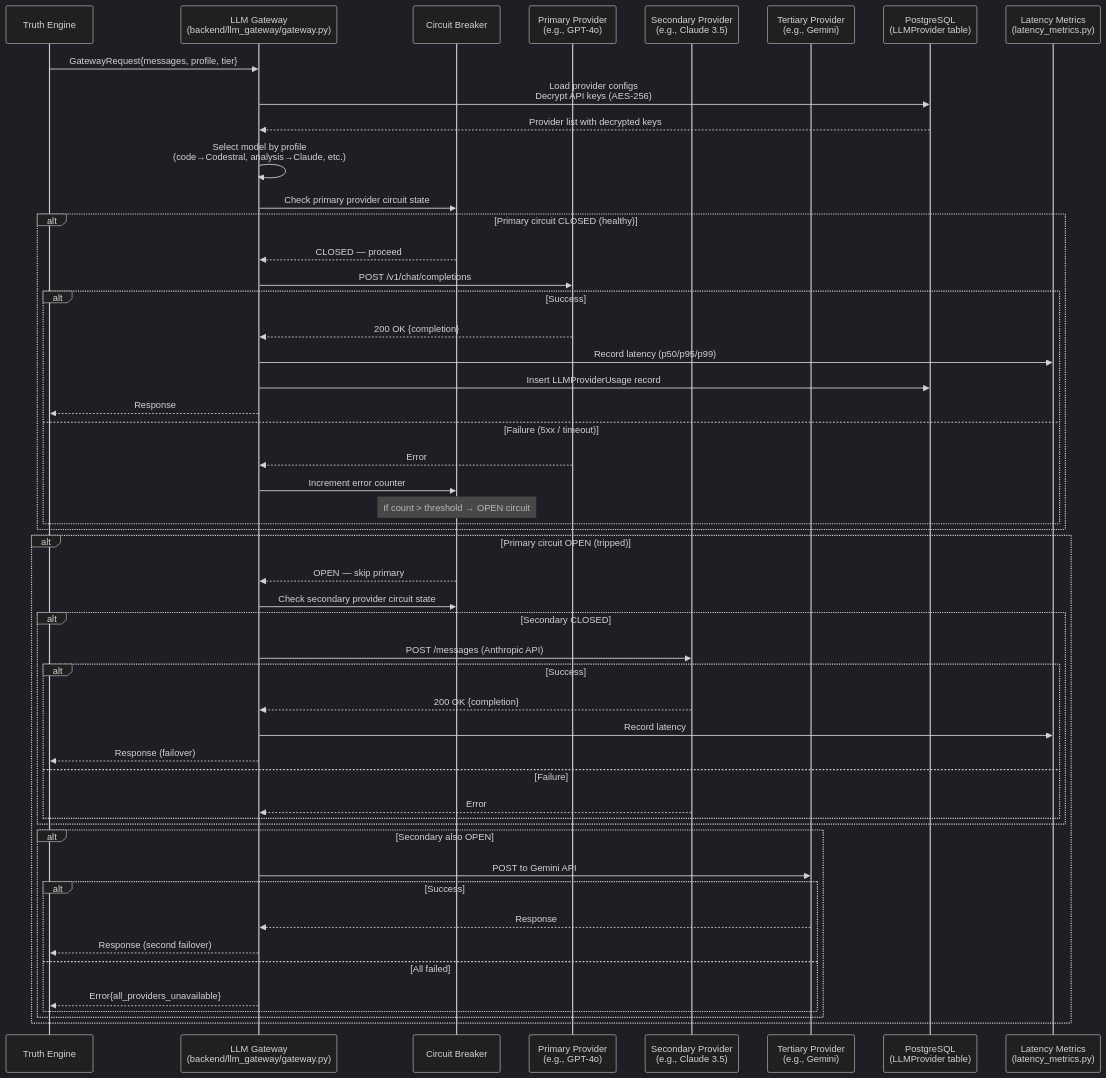
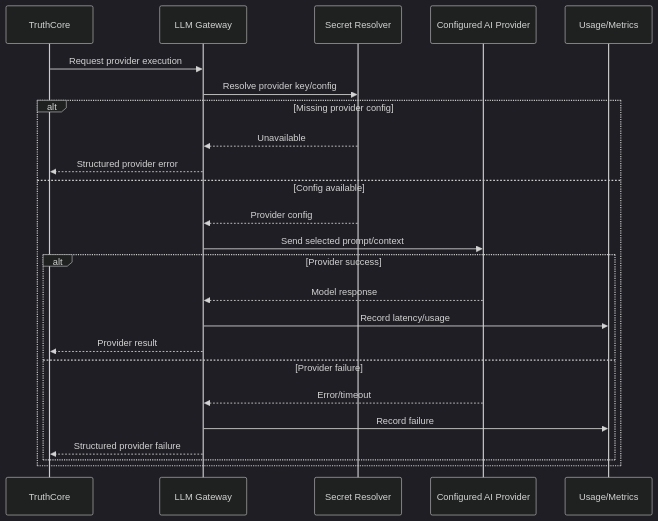
One commit to kherrera6219/DataLogicEngine changed the fourth of 10 diagrams in docs/SEQUENCE_DIAGRAMS.md. Above: the diagram before and after it, drawn with Mermaid (dark theme). The commit also changed other lines of this file, not shown here.

Commit message:
docs: refresh sequence diagrams

````diff
--- a/docs/SEQUENCE_DIAGRAMS.md
+++ b/docs/SEQUENCE_DIAGRAMS.md
@@ -213,58 +134,27 @@
 ```mermaid
 sequenceDiagram
-    participant TruthEngine as Truth Engine
-    participant Gateway as LLM Gateway<br/>(backend/llm_gateway/gateway.py)
-    participant CB as Circuit Breaker
-    participant Primary as Primary Provider<br/>(e.g., GPT-4o)
-    participant Secondary as Secondary Provider<br/>(e.g., Claude 3.5)
-    participant Tertiary as Tertiary Provider<br/>(e.g., Gemini)
-    participant DB as PostgreSQL<br/>(LLMProvider table)
-    participant Metrics as Latency Metrics<br/>(latency_metrics.py)
+    participant Core as TruthCore
+    participant Gateway as LLM Gateway
+    participant Secrets as Secret Resolver
+    participant Provider as Configured AI Provider
+    participant Metrics as Usage/Metrics
 
-    TruthEngine->>Gateway: GatewayRequest{messages, profile, tier}
-
-    Gateway->>DB: Load provider configs<br/>Decrypt API keys (AES-256)
-    DB-->>Gateway: Provider list with decrypted keys
-
-    Gateway->>Gateway: Select model by profile<br/>(code→Codestral, analysis→Claude, etc.)
-
-    Gateway->>CB: Check primary provider circuit state
-    alt Primary circuit CLOSED (healthy)
-        CB-->>Gateway: CLOSED — proceed
-        Gateway->>Primary: POST /v1/chat/completions
-        alt Success
-            Primary-->>Gateway: 200 OK {completion}
-            Gateway->>Metrics: Record latency (p50/p95/p99)
-            Gateway->>DB: Insert LLMProviderUsage record
-            Gateway-->>TruthEngine: Response
-        else Failure (5xx / timeout)
-            Primary-->>Gateway: Error
-            Gateway->>CB: Increment error counter
-            Note over CB: If count > threshold → OPEN circuit
-        end
-    end
-
-    alt Primary circuit OPEN (tripped)
-        CB-->>Gateway: OPEN — skip primary
-        Gateway->>CB: Check secondary provider circuit state
-        alt Secondary CLOSED
-            Gateway->>Secondary: POST /messages (Anthropic API)
-            alt Success
-                Secondary-->>Gateway: 200 OK {completion}
-                Gateway->>Metrics: Record latency
-                Gateway-->>TruthEngine: Response (failover)
-            else Failure
-                Secondary-->>Gateway: Error
-            end
-        end
-        alt Secondary also OPEN
-            Gateway->>Tertiary: POST to Gemini API
-            alt Success
-                Tertiary-->>Gateway: Response
-                Gateway-->>TruthEngine: Response (second failover)
-            else All failed
-                Gateway-->>TruthEngine: Error{all_providers_unavailable}
-            end
+    Core->>Gateway: Request provider execution
+    Gateway->>Secrets: Resolve provider key/config
+    alt Missing provider config
+        Secrets-->>Gateway: Unavailable
+        Gateway-->>Core: Structured provider error
+    else Config available
+        Secrets-->>Gateway: Provider config
+        Gateway->>Provider: Send selected prompt/context
+        alt Provider success
+            Provider-->>Gateway: Model response
+            Gateway->>Metrics: Record latency/usage
+            Gateway-->>Core: Provider result
+        else Provider failure
+            Provider-->>Gateway: Error/timeout
+            Gateway->>Metrics: Record failure
+            Gateway-->>Core: Structured provider failure
         end
     end
 ```
````
